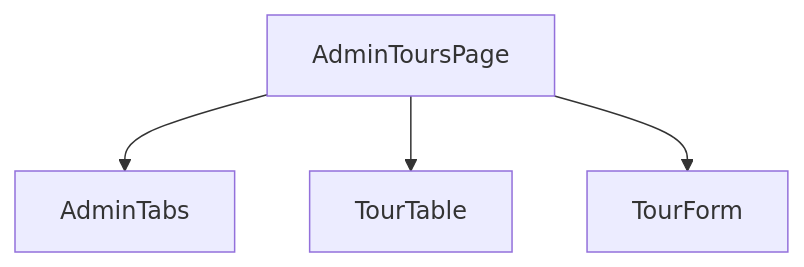
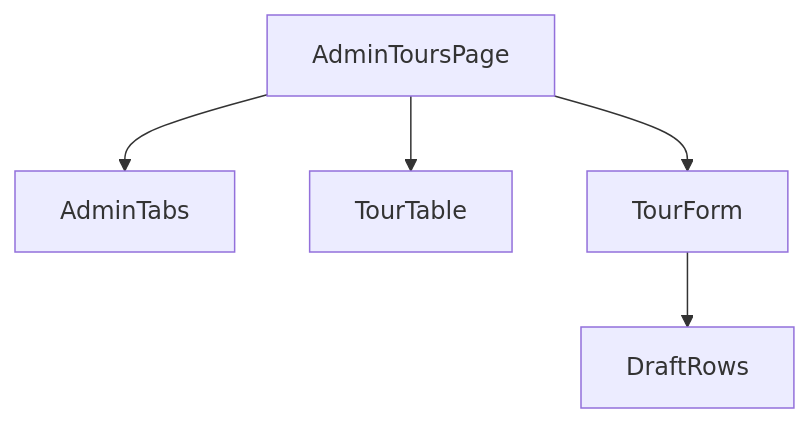
Before and after one commit to summer10920/summer10920.github.io: diagram 11 of 12 in source/_posts/lokiTech-15day-12-project-travel.md, drawn with Mermaid. The commit also changed other lines of this file and 1 other file, not shown here.

Commit message:
講義 12、13：後台行程完整 CRUD（圖庫多列、每日行程、梯次、精選）、訂單軟刪說明、管理員寫入規則

```diff
--- a/source/_posts/lokiTech-15day-12-project-travel.md
+++ b/source/_posts/lokiTech-15day-12-project-travel.md
@@ -5282,5 +5285,6 @@
 {% mermaid graph TD %}
   page["AdminToursPage"] --> tabs["AdminTabs"]
   page --> table["TourTable"]
   page --> form["TourForm"]
+  form --> rows["DraftRows"]
 {% endmermaid %}
```
